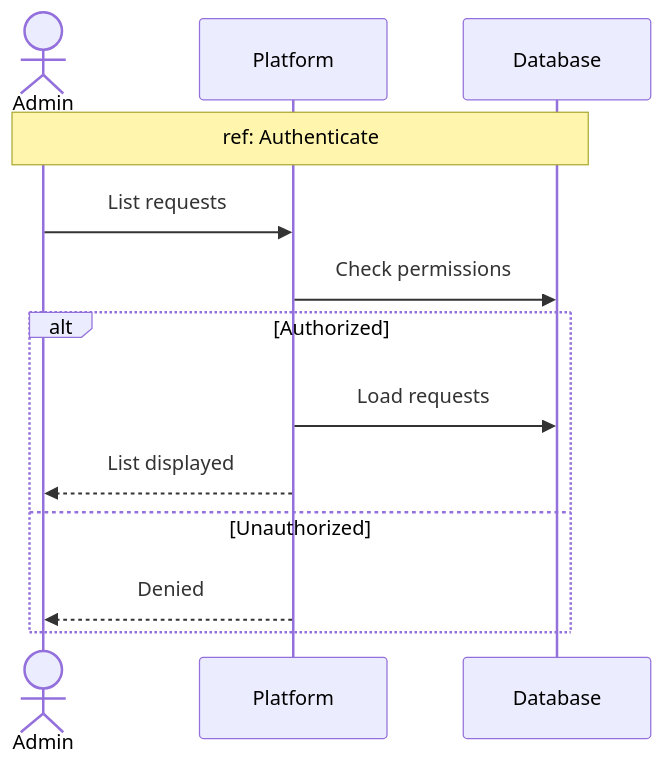
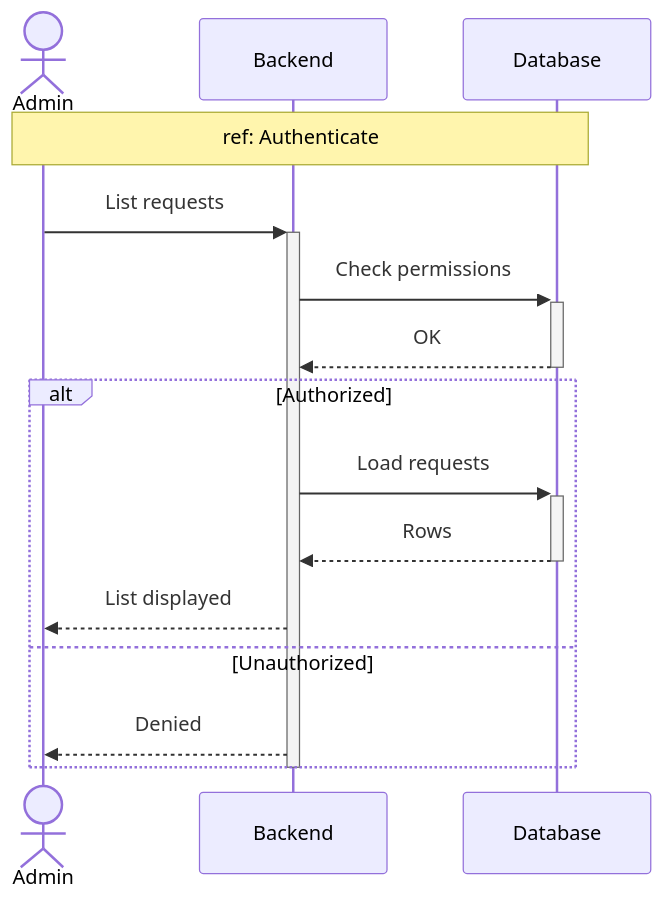
The sixth of 16 diagrams in docs/SEQUENCE_DIAGRAMS.md (MohamedChebbi123/teamnest), drawn with Mermaid before and after one commit. The commit also changed other lines of this file, not shown here.

````diff
--- a/docs/SEQUENCE_DIAGRAMS.md
+++ b/docs/SEQUENCE_DIAGRAMS.md
@@ -199,17 +225,20 @@
 ```mermaid
 sequenceDiagram
     actor Admin
-    participant API as Platform
+    participant API as Backend
     participant DB as Database
 
     Note over Admin,DB: ref: Authenticate
 
-    Admin->>API: List requests
-    API->>DB: Check permissions
+    Admin->>+API: List requests
+    API->>+DB: Check permissions
+    DB-->>-API: OK
     alt Authorized
-        API->>DB: Load requests
+        API->>+DB: Load requests
+        DB-->>-API: Rows
         API-->>Admin: List displayed
     else Unauthorized
         API-->>Admin: Denied
     end
+    deactivate API
 ```
````
